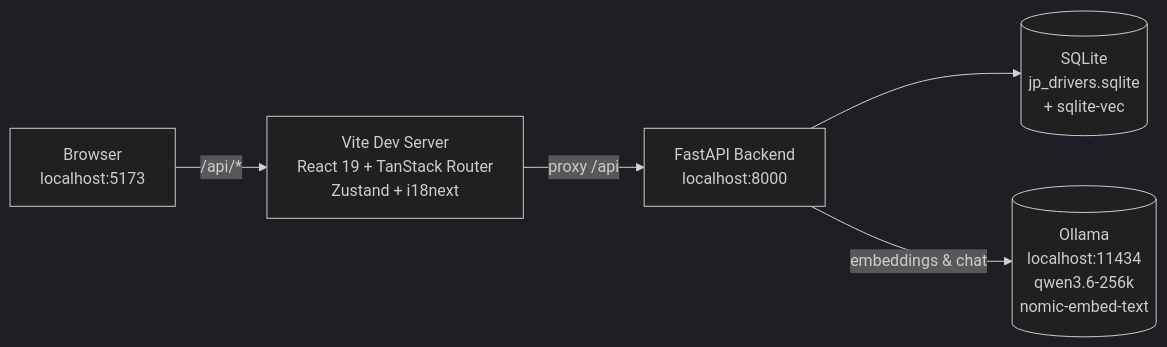
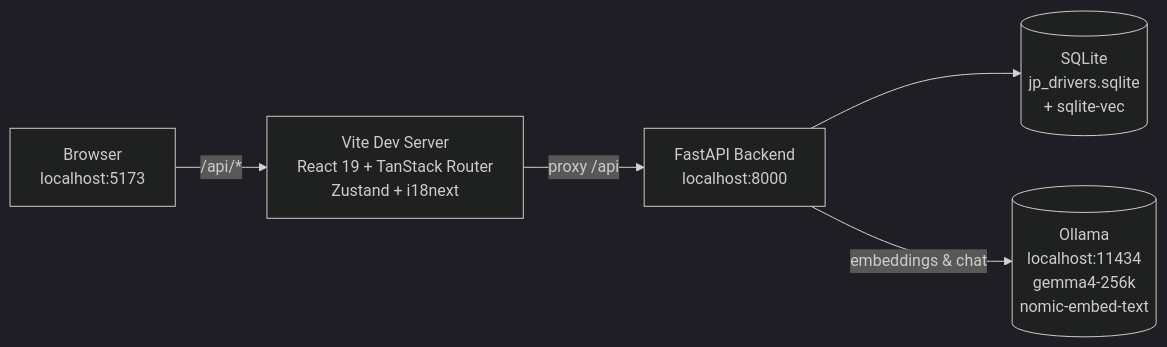
Before and after one commit to kurohi/jp_drivers_test_trainer: the diagram in README.md, drawn with Mermaid (dark theme). The commit also changed other lines of this file and 3 other files, not shown here.

````diff
--- a/README.md
+++ b/README.md
@@ -16,13 +30,13 @@
 ```mermaid
 flowchart LR
   Browser["Browser<br/>localhost:5173"]
   Vite["Vite Dev Server<br/>React 19 + TanStack Router<br/>Zustand + i18next"]
   FastAPI["FastAPI Backend<br/>localhost:8000"]
   SQLite[("SQLite<br/>jp_drivers.sqlite<br/>+ sqlite-vec")]
-  Ollama[("Ollama<br/>localhost:11434<br/>qwen3.6-256k<br/>nomic-embed-text")]
+  Ollama[("Ollama<br/>localhost:11434<br/>gemma4-256k<br/>nomic-embed-text")]
 
   Browser -->|"/api/*"| Vite
   Vite -->|proxy /api| FastAPI
   FastAPI --> SQLite
   FastAPI -->|embeddings & chat| Ollama
 ```
````
